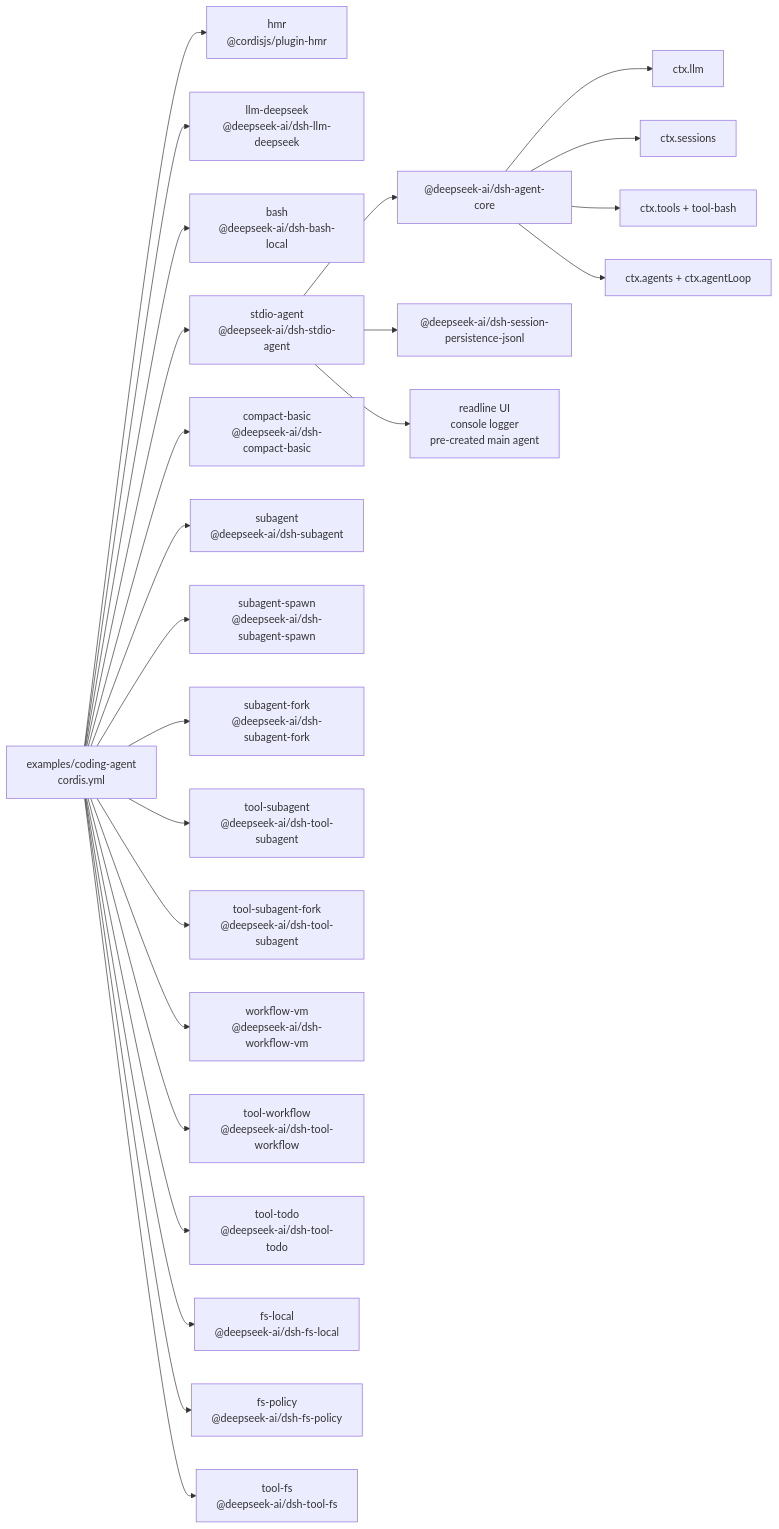
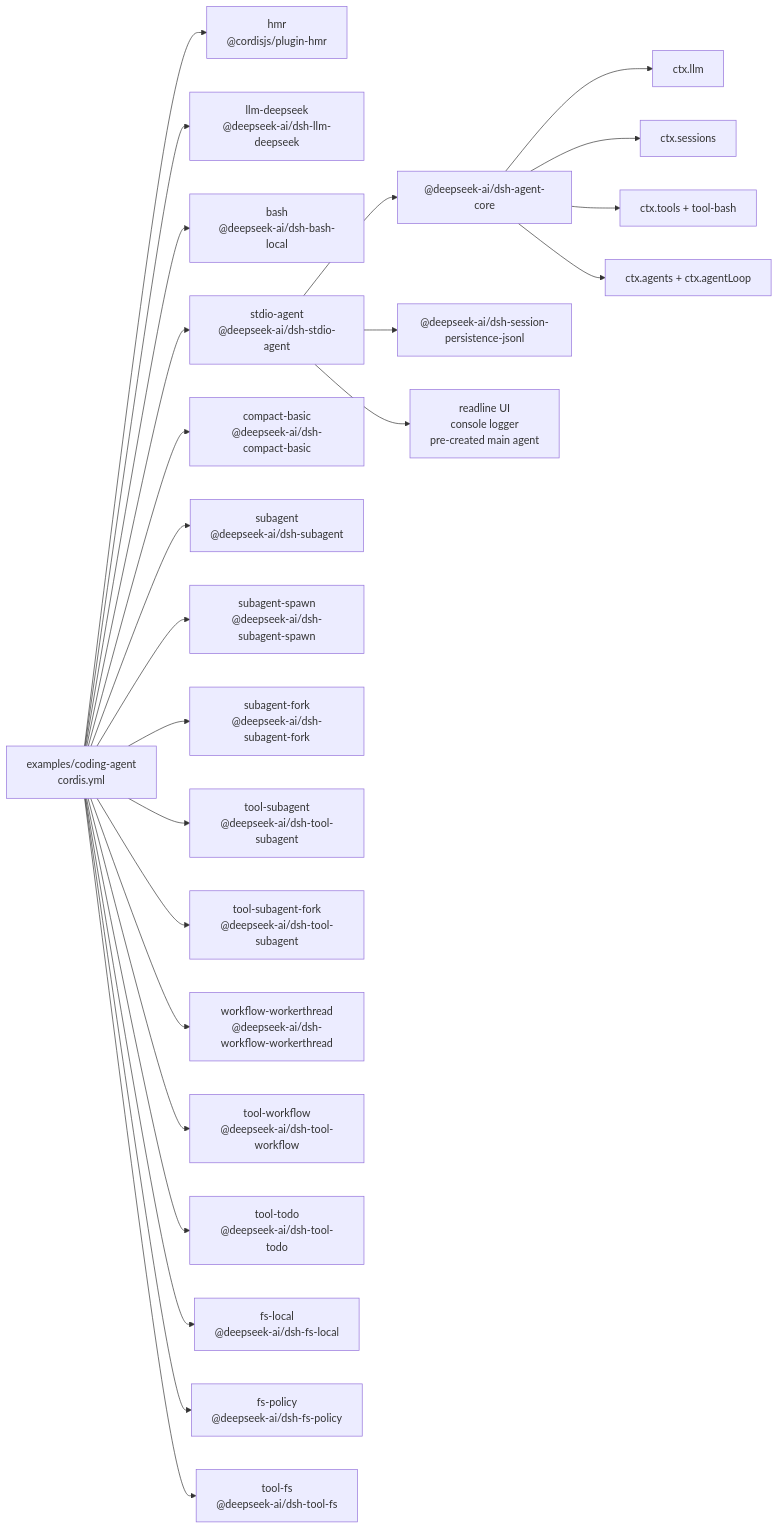
One commit to 007M7/DeepCode changed the diagram in examples/coding-agent/composition.md. Above: the diagram before and after it, drawn with Mermaid. The commit also changed other lines of this file and 42 other files, not shown here.

First line of the commit message:
workflow: rename dsh-workflow-vm to dsh-workflow-workerthread

````diff
--- a/examples/coding-agent/composition.md
+++ b/examples/coding-agent/composition.md
@@ -8,43 +8,43 @@
 ```mermaid
 flowchart LR
   cfg["examples/coding-agent<br/>cordis.yml"]
   plugin_coding_hmr["hmr<br/>@cordisjs/plugin-hmr"]
   cfg --> plugin_coding_hmr
   plugin_coding_llm_deepseek["llm-deepseek<br/>@deepseek-ai/dsh-llm-deepseek"]
   cfg --> plugin_coding_llm_deepseek
   plugin_coding_bash["bash<br/>@deepseek-ai/dsh-bash-local"]
   cfg --> plugin_coding_bash
   plugin_coding_stdio_agent["stdio-agent<br/>@deepseek-ai/dsh-stdio-agent"]
   cfg --> plugin_coding_stdio_agent
   plugin_coding_stdio_agent --> bundle_agent_core["@deepseek-ai/dsh-agent-core"]
   plugin_coding_stdio_agent --> bundle_jsonl["@deepseek-ai/dsh-session-persistence-jsonl"]
   plugin_coding_stdio_agent --> frontdoor_stdio["readline UI<br/>console logger<br/>pre-created main agent"]
   bundle_agent_core --> spine_llm["ctx.llm"]
   bundle_agent_core --> spine_sessions["ctx.sessions"]
   bundle_agent_core --> spine_tools["ctx.tools + tool-bash"]
   bundle_agent_core --> spine_loop["ctx.agents + ctx.agentLoop"]
   plugin_coding_compact_basic["compact-basic<br/>@deepseek-ai/dsh-compact-basic"]
   cfg --> plugin_coding_compact_basic
   plugin_coding_subagent["subagent<br/>@deepseek-ai/dsh-subagent"]
   cfg --> plugin_coding_subagent
   plugin_coding_subagent_spawn["subagent-spawn<br/>@deepseek-ai/dsh-subagent-spawn"]
   cfg --> plugin_coding_subagent_spawn
   plugin_coding_subagent_fork["subagent-fork<br/>@deepseek-ai/dsh-subagent-fork"]
   cfg --> plugin_coding_subagent_fork
   plugin_coding_tool_subagent["tool-subagent<br/>@deepseek-ai/dsh-tool-subagent"]
   cfg --> plugin_coding_tool_subagent
   plugin_coding_tool_subagent_fork["tool-subagent-fork<br/>@deepseek-ai/dsh-tool-subagent"]
   cfg --> plugin_coding_tool_subagent_fork
-  plugin_coding_workflow_vm["workflow-vm<br/>@deepseek-ai/dsh-workflow-vm"]
-  cfg --> plugin_coding_workflow_vm
+  plugin_coding_workflow_workerthread["workflow-workerthread<br/>@deepseek-ai/dsh-workflow-workerthread"]
+  cfg --> plugin_coding_workflow_workerthread
   plugin_coding_tool_workflow["tool-workflow<br/>@deepseek-ai/dsh-tool-workflow"]
   cfg --> plugin_coding_tool_workflow
   plugin_coding_tool_todo["tool-todo<br/>@deepseek-ai/dsh-tool-todo"]
   cfg --> plugin_coding_tool_todo
   plugin_coding_fs_local["fs-local<br/>@deepseek-ai/dsh-fs-local"]
   cfg --> plugin_coding_fs_local
   plugin_coding_fs_policy["fs-policy<br/>@deepseek-ai/dsh-fs-policy"]
   cfg --> plugin_coding_fs_policy
   plugin_coding_tool_fs["tool-fs<br/>@deepseek-ai/dsh-tool-fs"]
   cfg --> plugin_coding_tool_fs
 ```
````
